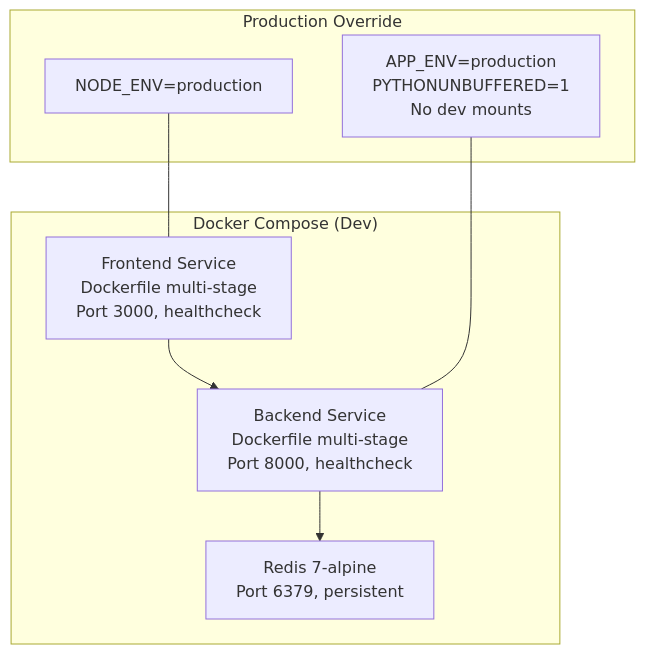
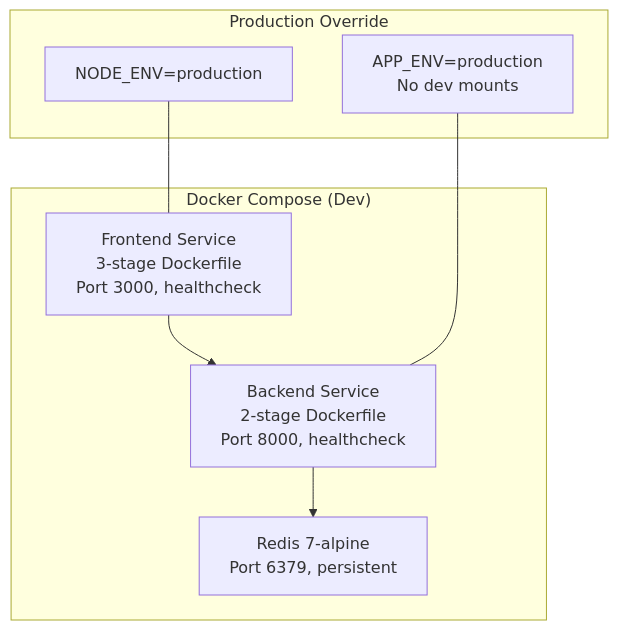
One commit to Anil-Pradhan-web/ai-career-mentor changed the third of 3 diagrams in README.md. Above: the diagram before and after it, drawn with Mermaid. The commit also changed other lines of this file and 2 other files, not shown here.

````diff
--- a/README.md
+++ b/README.md
@@ -334,18 +239,13 @@
 ```mermaid
 graph TB
     subgraph "Docker Compose (Dev)"
-        BE["Backend Service<br/>Dockerfile multi-stage<br/>Port 8000, healthcheck"]
-        FE["Frontend Service<br/>Dockerfile multi-stage<br/>Port 3000, healthcheck"]
+        BE["Backend Service<br/>2-stage Dockerfile<br/>Port 8000, healthcheck"]
+        FE["Frontend Service<br/>3-stage Dockerfile<br/>Port 3000, healthcheck"]
         RD["Redis 7-alpine<br/>Port 6379, persistent"]
     end
-    
     subgraph "Production Override"
-        PBE["APP_ENV=production<br/>PYTHONUNBUFFERED=1<br/>No dev mounts"]
+        PBE["APP_ENV=production<br/>No dev mounts"]
         PFE["NODE_ENV=production"]
     end
-    
-    BE --> RD
-    FE --> BE
-    PBE --- BE
-    PFE --- FE
+    BE --> RD; FE --> BE; PBE --- BE; PFE --- FE
 ```
````
